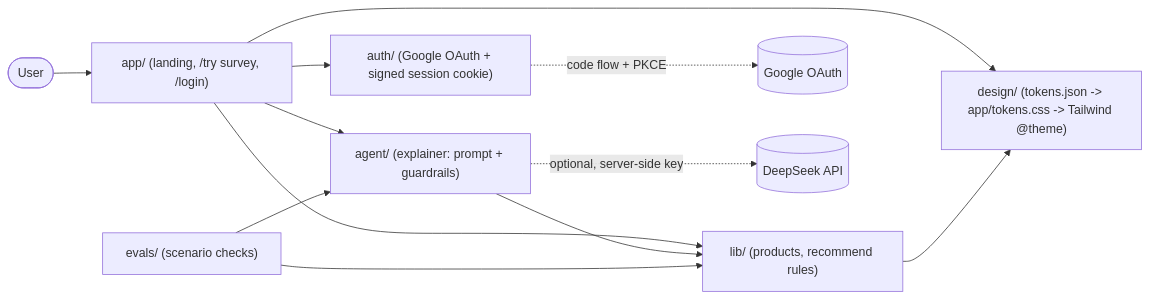
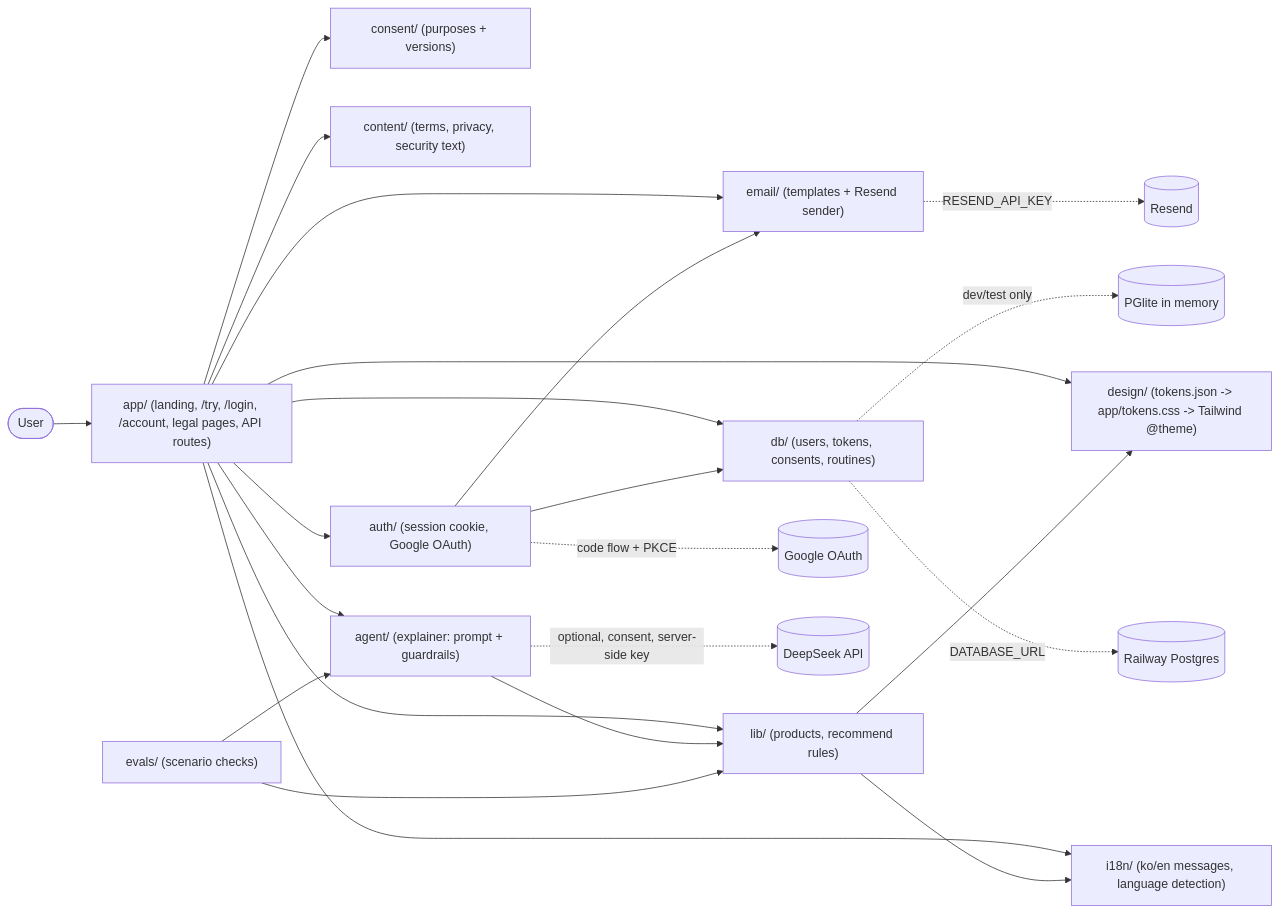
One commit to donkimc/beautyscanner changed the diagram in architecture/diagram.mmd. Above: the diagram before and after it, drawn with Mermaid. The commit also changed 66 other files, not shown here.

First line of the commit message:
Add email confirmation login, Postgres, en/ko, consent popups, legal pages, redesign

```diff
--- a/architecture/diagram.mmd
+++ b/architecture/diagram.mmd
@@ -1,12 +1,23 @@
 flowchart LR
-  user([User]) --> landing["app/ (landing, /try survey, /login)"]
-  landing --> lib["lib/ (products, recommend rules)"]
-  landing --> agent["agent/ (explainer: prompt + guardrails)"]
-  landing --> design["design/ (tokens.json -> app/tokens.css -> Tailwind @theme)"]
-  landing --> authlayer["auth/ (Google OAuth + signed session cookie)"]
+  user([User]) --> app["app/ (landing, /try, /login, /account, legal pages, API routes)"]
+  app --> i18n["i18n/ (ko/en messages, language detection)"]
+  app --> consent["consent/ (purposes + versions)"]
+  app --> content["content/ (terms, privacy, security text)"]
+  app --> lib["lib/ (products, recommend rules)"]
+  app --> agent["agent/ (explainer: prompt + guardrails)"]
+  app --> authlayer["auth/ (session cookie, Google OAuth)"]
+  app --> db["db/ (users, tokens, consents, routines)"]
+  app --> email["email/ (templates + Resend sender)"]
+  app --> design["design/ (tokens.json -> app/tokens.css -> Tailwind @theme)"]
+  authlayer --> db
+  authlayer --> email
+  agent --> lib
+  lib --> design
+  lib --> i18n
+  db -. "DATABASE_URL" .-> pg[(Railway Postgres)]
+  db -. "dev/test only" .-> pglite[(PGlite in memory)]
+  email -. "RESEND_API_KEY" .-> resend[(Resend)]
   authlayer -. "code flow + PKCE" .-> google[(Google OAuth)]
-  agent --> lib
-  agent -. "optional, server-side key" .-> deepseek[(DeepSeek API)]
-  lib --> design
+  agent -. "optional, consent, server-side key" .-> deepseek[(DeepSeek API)]
   evals["evals/ (scenario checks)"] --> lib
   evals --> agent
```
